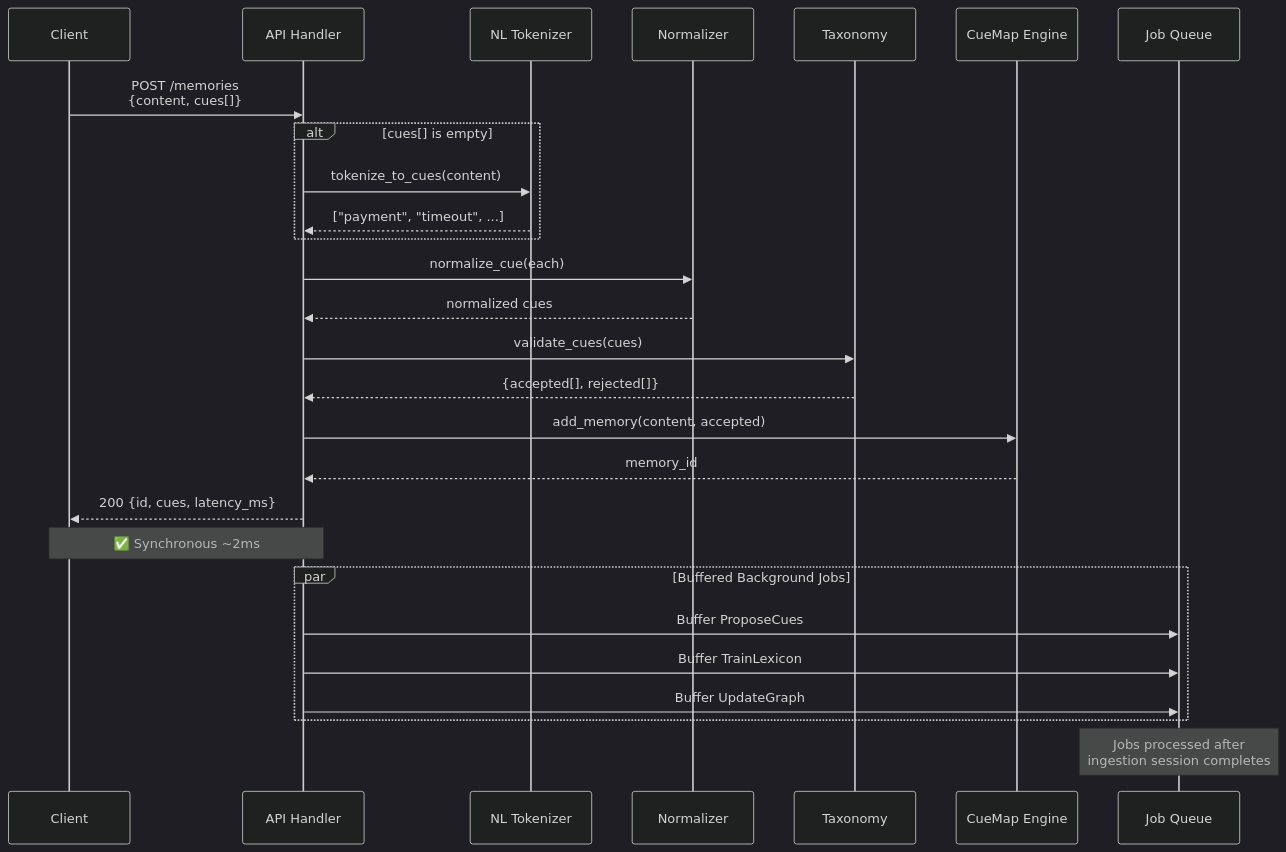
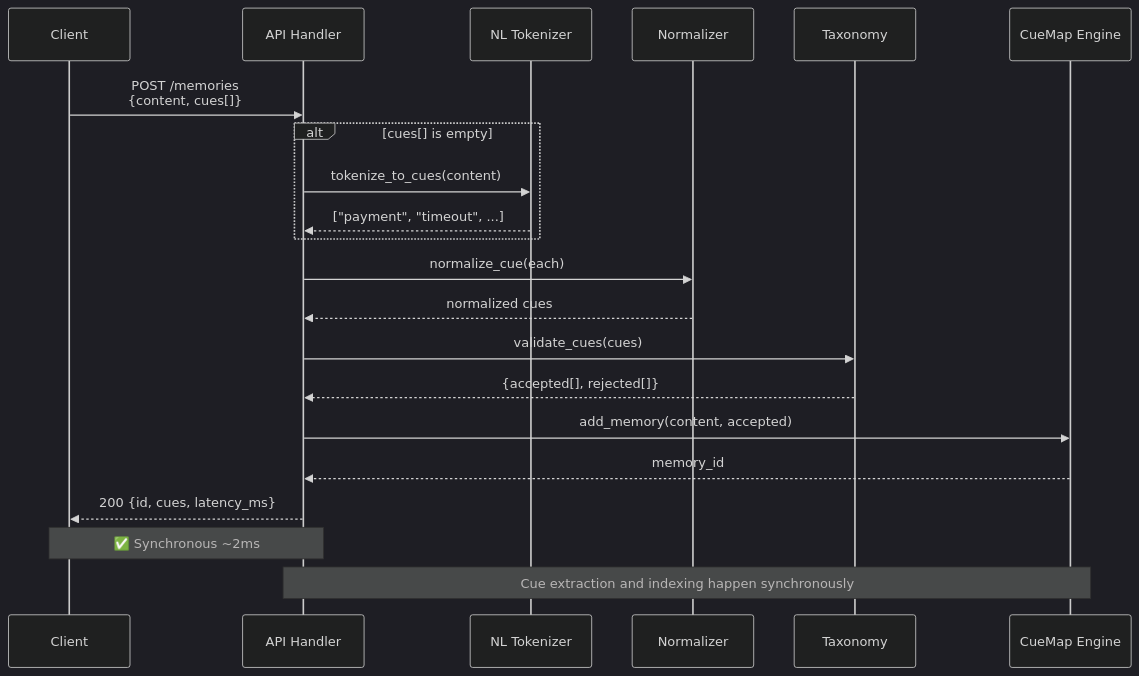
The second of 4 diagrams in README.md (cuemap-dev/cuemap), drawn with Mermaid (dark theme) before and after one commit. The commit also changed other lines of this file and 93 other files, not shown here.

````diff
--- a/README.md
+++ b/README.md
@@ -805,37 +824,30 @@
 ```mermaid
 sequenceDiagram
     participant C as Client
     participant API as API Handler
     participant NL as NL Tokenizer
     participant Norm as Normalizer
     participant Tax as Taxonomy
     participant Main as CueMap Engine
-    participant Q as Job Queue
     
     C->>API: POST /memories<br/>{content, cues[]}
     
     alt cues[] is empty
         API->>NL: tokenize_to_cues(content)
         NL-->>API: ["payment", "timeout", ...]
     end
     
     API->>Norm: normalize_cue(each)
     Norm-->>API: normalized cues
     
     API->>Tax: validate_cues(cues)
     Tax-->>API: {accepted[], rejected[]}
     
     API->>Main: add_memory(content, accepted)
     Main-->>API: memory_id
     
     API-->>C: 200 {id, cues, latency_ms}
     Note over C,API: ✅ Synchronous ~2ms
     
-    par Buffered Background Jobs
-        API->>Q: Buffer ProposeCues
-        API->>Q: Buffer TrainLexicon
-        API->>Q: Buffer UpdateGraph
-    end
-    
-    Note over Q: Jobs processed after<br/>ingestion session completes
+    Note over API,Main: Cue extraction and indexing happen synchronously
 ```
````
